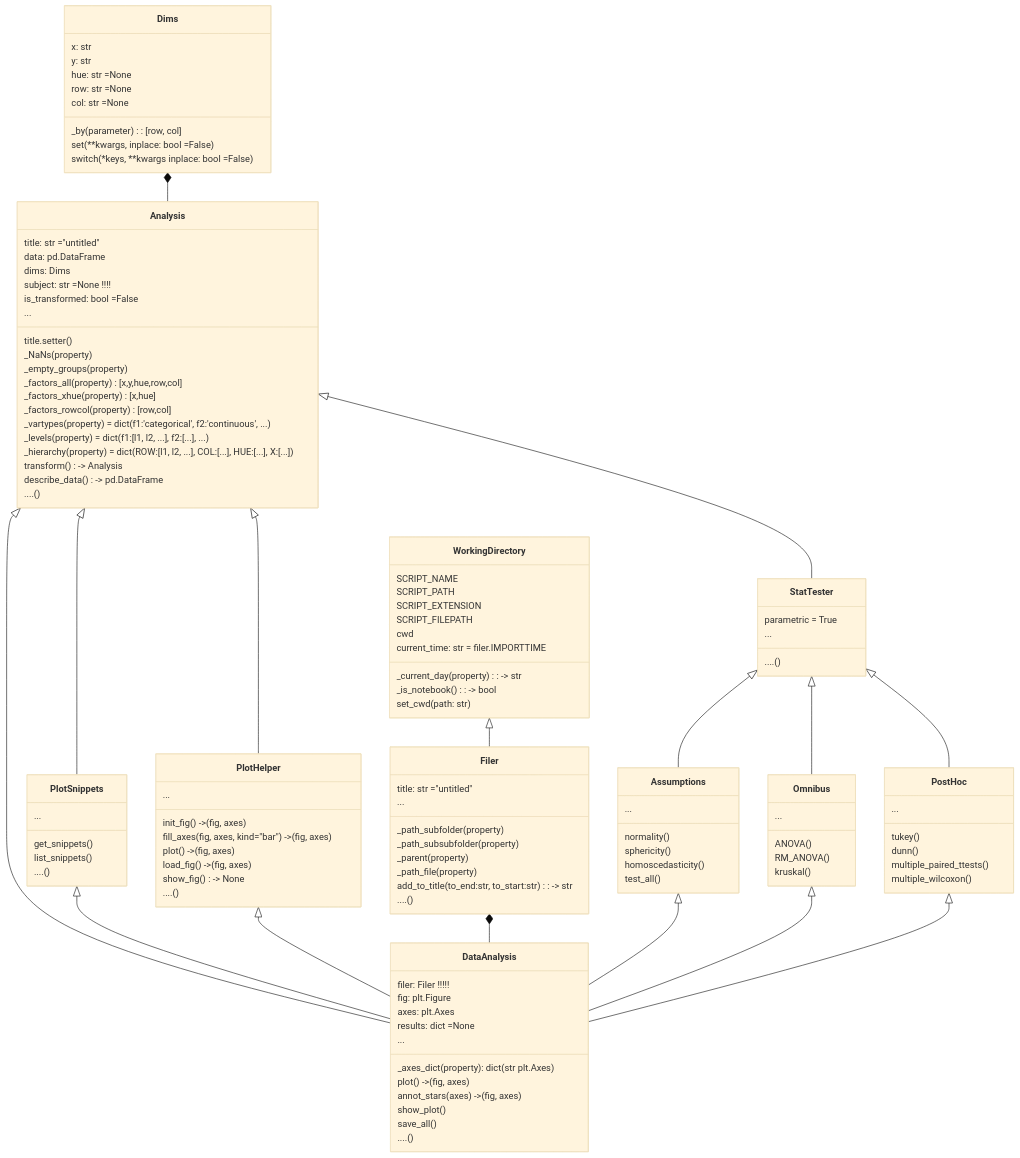
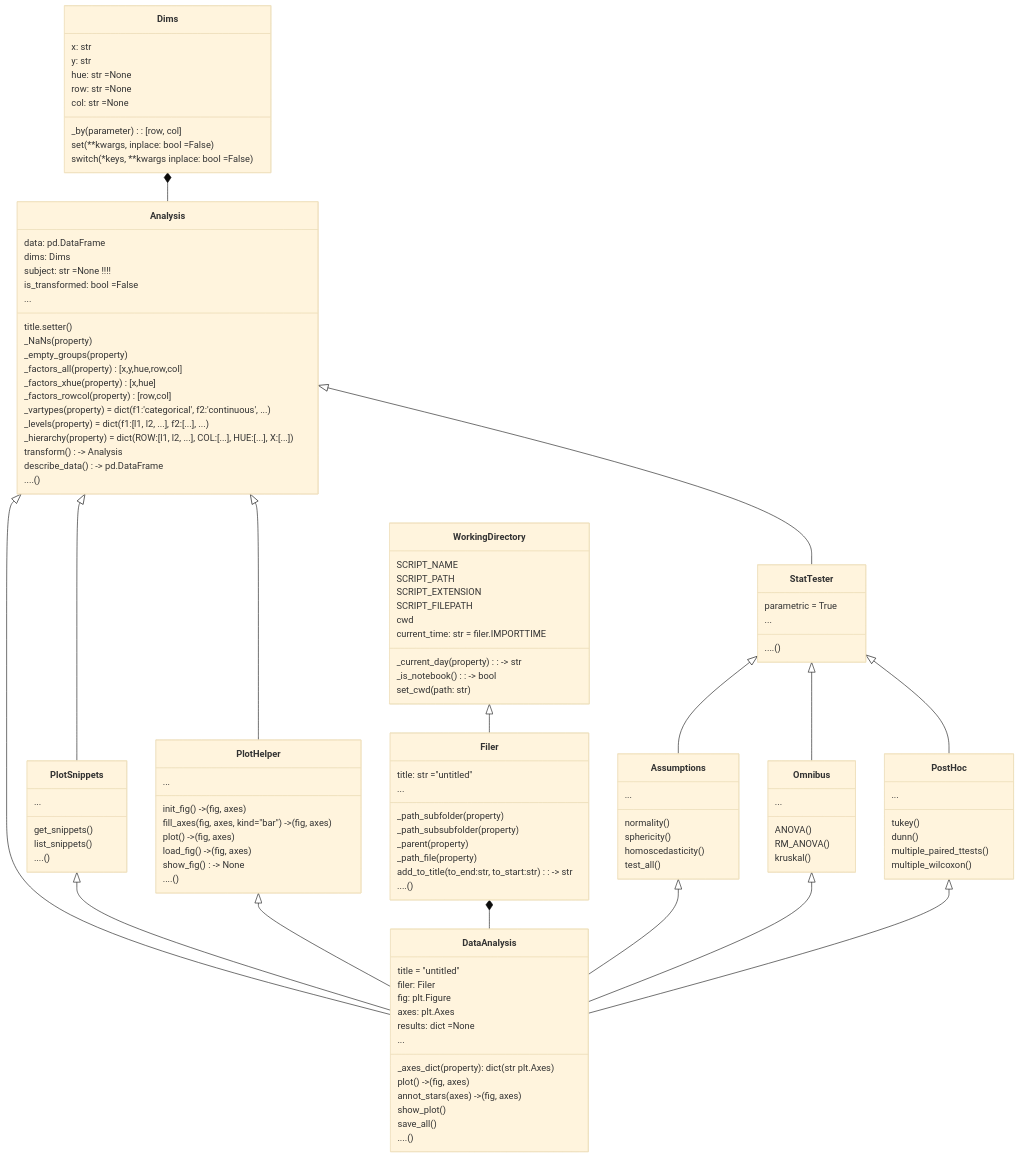
Before and after one commit to markur4/plotastic: the diagram in README.md, drawn with Mermaid (base theme). The commit also changed 11 other files, not shown here.

```diff
--- a/README.md
+++ b/README.md
@@ -176,7 +176,6 @@
    }
    
    class Analysis {
-      title: str ="untitled"
       data: pd.DataFrame
       dims: Dims
       subject: str =None !!!!
@@ -245,7 +244,8 @@
    }
 
    class DataAnalysis{
-      filer: Filer !!!!!
+      title = "untitled"
+      filer: Filer 
       
       %% plothelper: PlotHelper
       %% snippets: PlotSnippets
```
